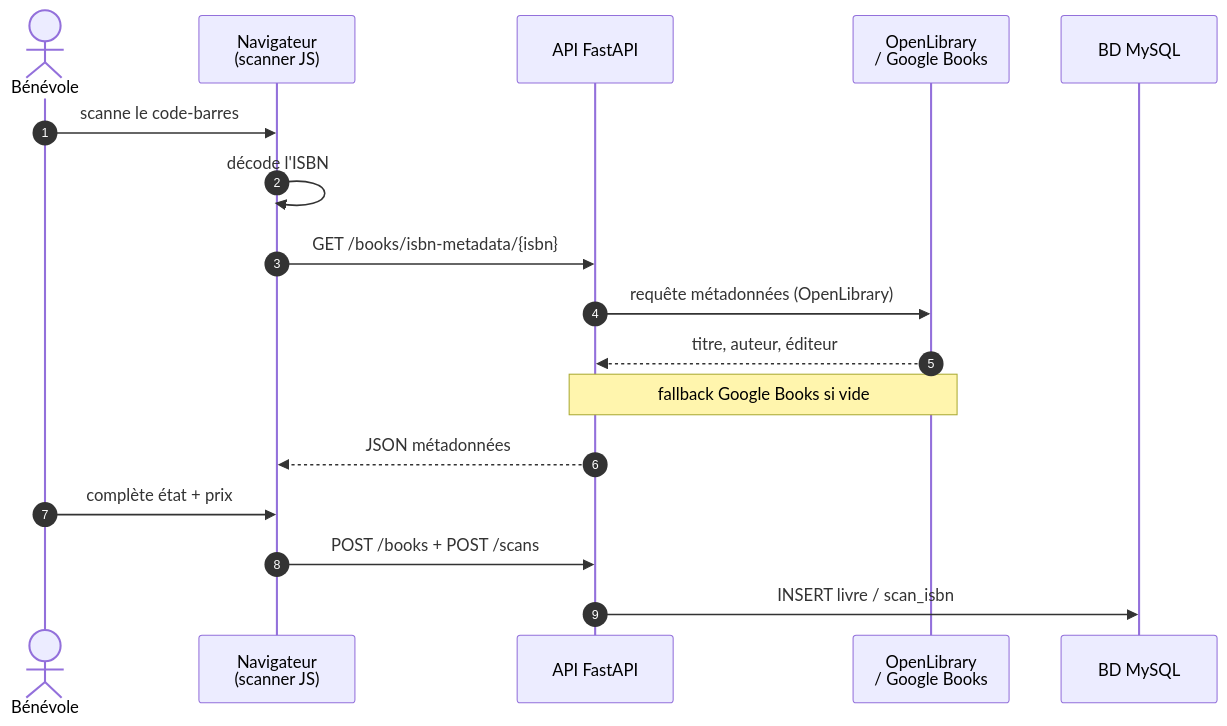
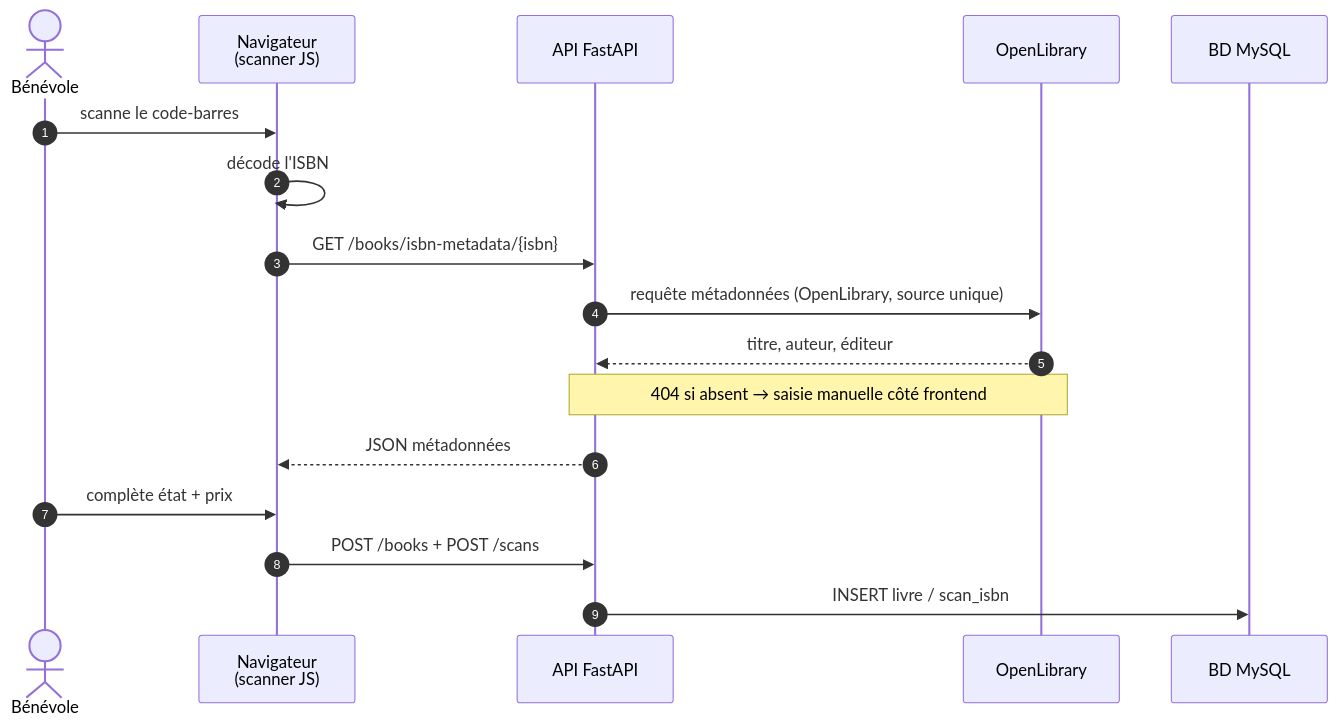
The diagram in diagrams/sequence_isbn.mmd (Visualstudiocodetest/caribooks), drawn with Mermaid before and after one commit. The commit also changed 27 other files, not shown here.

```diff
--- a/diagrams/sequence_isbn.mmd
+++ b/diagrams/sequence_isbn.mmd
@@ -1,19 +1,19 @@
 %% Diagramme de séquence — Scan ISBN et préremplissage des métadonnées
 sequenceDiagram
     autonumber
     actor Ben as Bénévole
     participant Nav as Navigateur<br/>(scanner JS)
     participant API as API FastAPI
-    participant OL as OpenLibrary<br/>/ Google Books
+    participant OL as OpenLibrary
     participant BD as BD MySQL
 
     Ben->>Nav: scanne le code-barres
     Nav->>Nav: décode l'ISBN
     Nav->>API: GET /books/isbn-metadata/{isbn}
-    API->>OL: requête métadonnées (OpenLibrary)
+    API->>OL: requête métadonnées (OpenLibrary, source unique)
     OL-->>API: titre, auteur, éditeur
-    note over API,OL: fallback Google Books si vide
+    note over API,OL: 404 si absent → saisie manuelle côté frontend
     API-->>Nav: JSON métadonnées
     Ben->>Nav: complète état + prix
     Nav->>API: POST /books + POST /scans
     API->>BD: INSERT livre / scan_isbn
```
